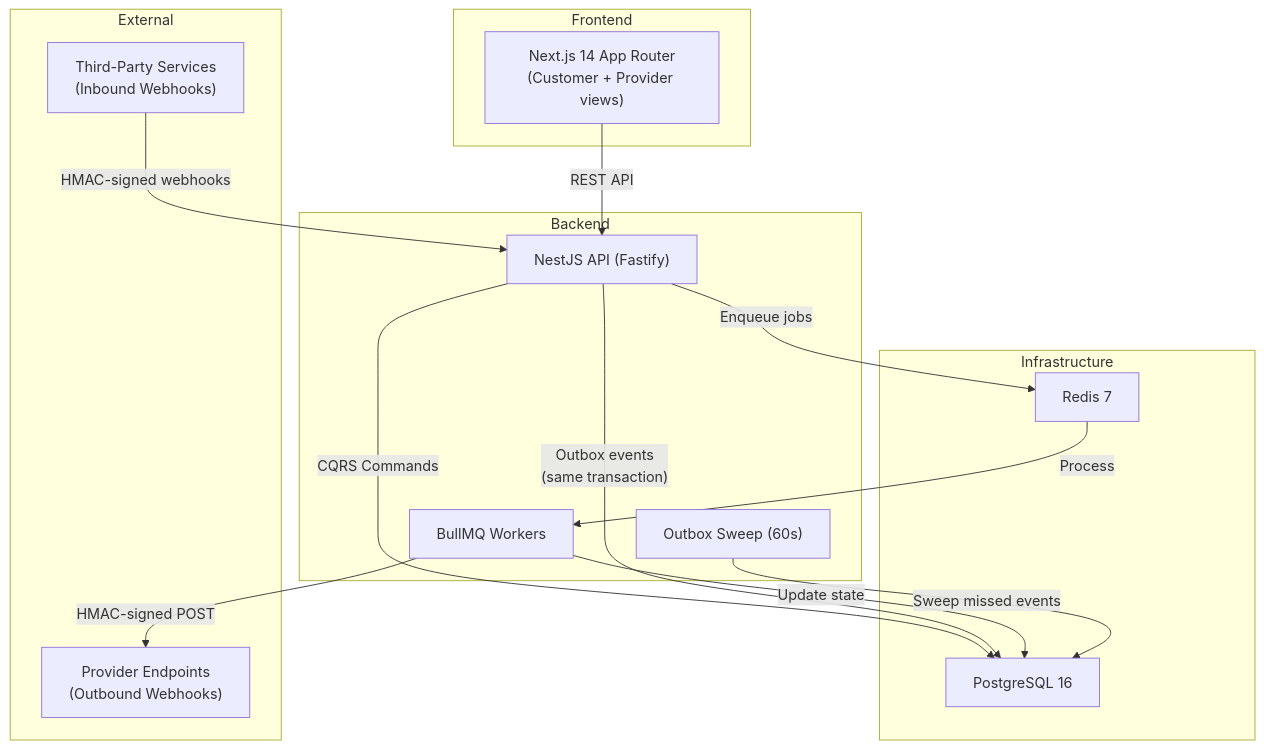
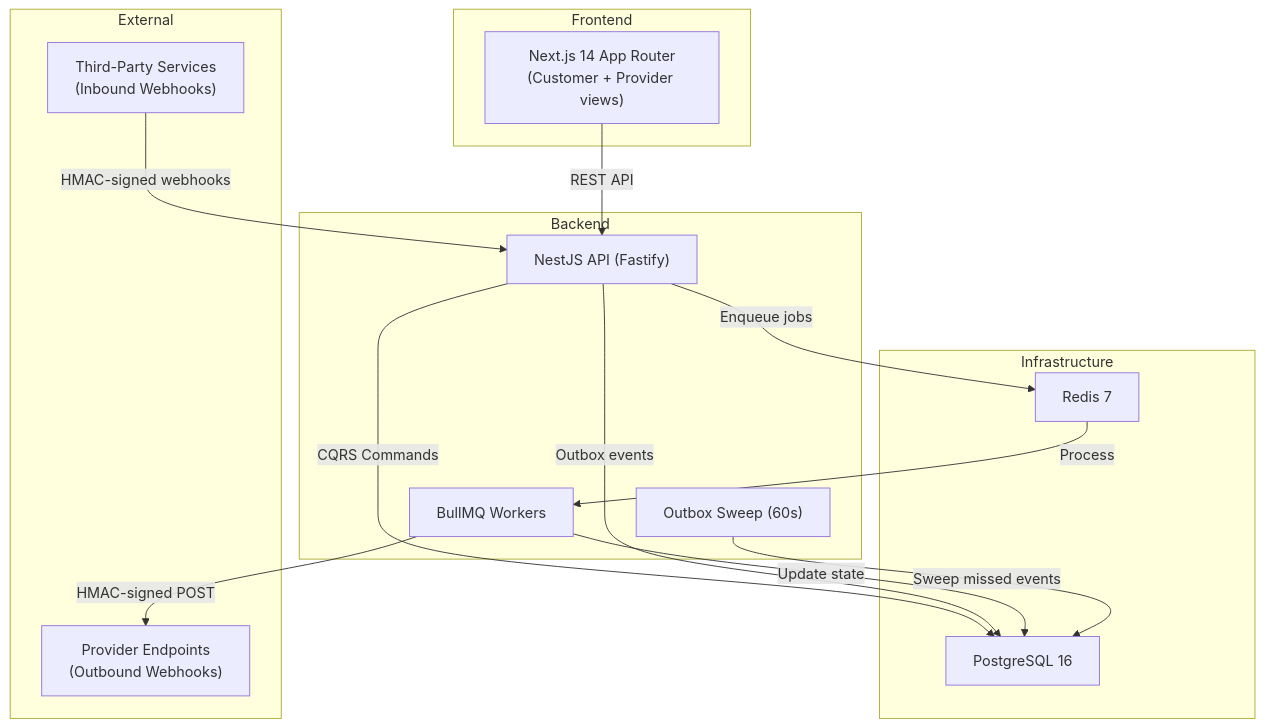
One commit to jeromejhipolito/booking-system changed the diagram in README.md. Above: the diagram before and after it, drawn with Mermaid. The commit also changed other lines of this file and 2 other files, not shown here.

````diff
--- a/README.md
+++ b/README.md
@@ -11,32 +9,32 @@
 ```mermaid
 graph TB
     subgraph "Frontend"
         WEB["Next.js 14 App Router<br/>(Customer + Provider views)"]
     end
 
     subgraph "Backend"
         API["NestJS API (Fastify)"]
         WORKER["BullMQ Workers"]
         CRON["Outbox Sweep (60s)"]
     end
 
     subgraph "Infrastructure"
         PG["PostgreSQL 16"]
         REDIS["Redis 7"]
     end
 
     subgraph "External"
         EXT["Third-Party Services<br/>(Inbound Webhooks)"]
         PROVIDER["Provider Endpoints<br/>(Outbound Webhooks)"]
     end
 
     WEB -->|"REST API"| API
     EXT -->|"HMAC-signed webhooks"| API
     API -->|"CQRS Commands"| PG
-    API -->|"Outbox events<br/>(same transaction)"| PG
+    API -->|"Outbox events"| PG
     API -->|"Enqueue jobs"| REDIS
     REDIS -->|"Process"| WORKER
     WORKER -->|"HMAC-signed POST"| PROVIDER
     WORKER -->|"Update state"| PG
     CRON -->|"Sweep missed events"| PG
 ```
````
